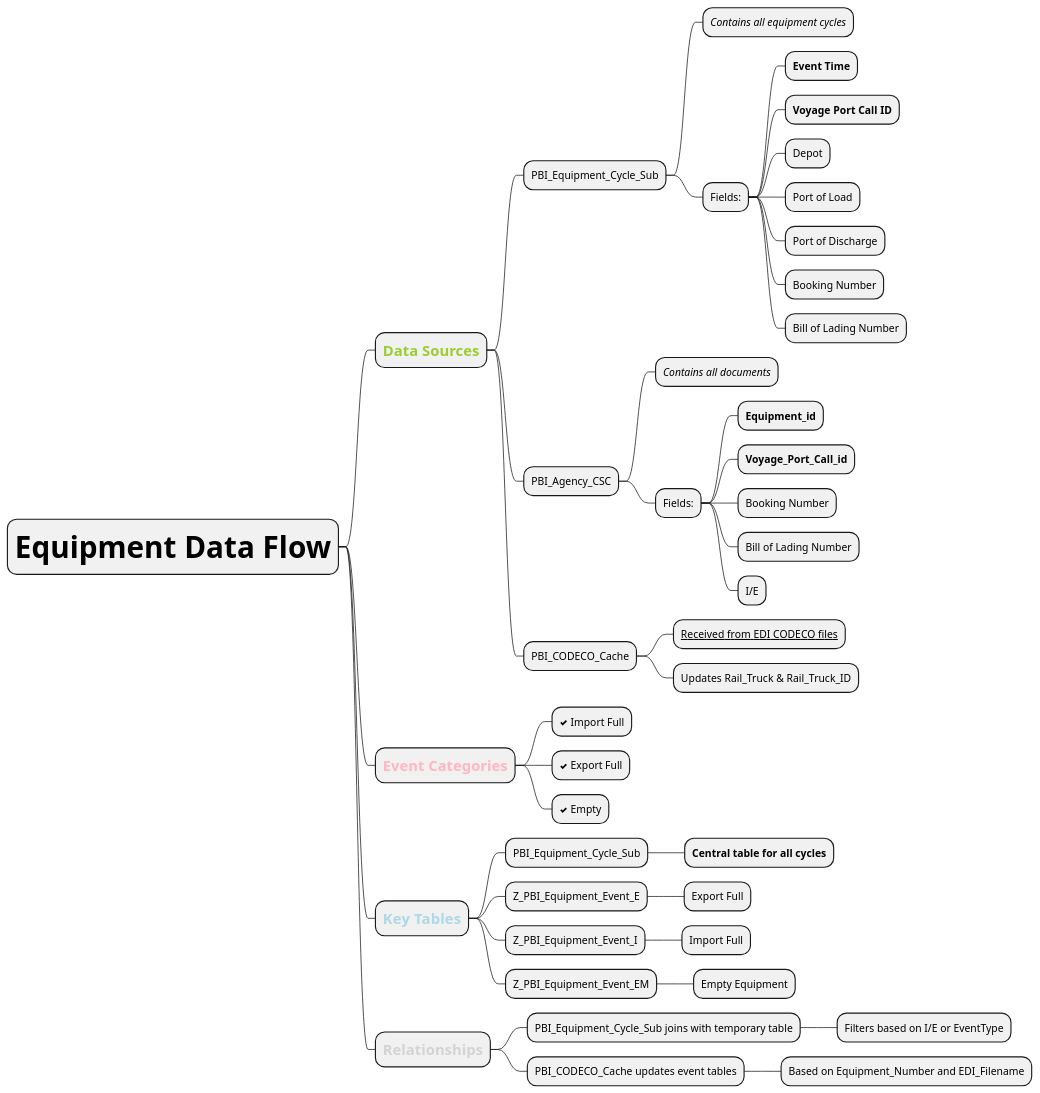
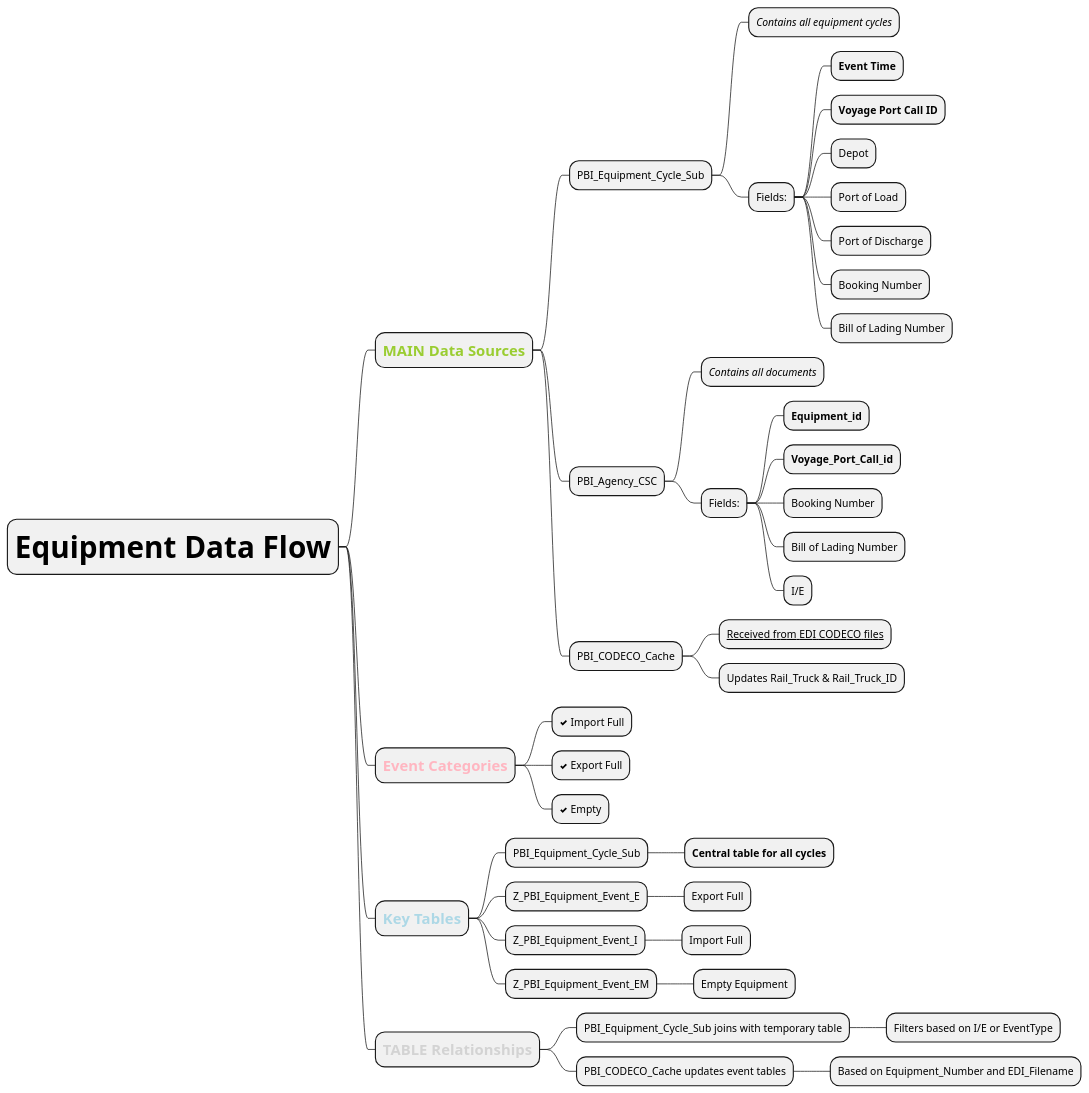
The diagram in DCC_Trasporti_H/tabelle_equipment_event - mind.puml (grellag/Project_Python), drawn with PlantUML before and after one commit. The commit also changed 1 other file, not shown here.

```diff
--- a/DCC_Trasporti_H/tabelle_equipment_event - mind.puml
+++ b/DCC_Trasporti_H/tabelle_equipment_event - mind.puml
@@ -1,49 +1,49 @@
 @startmindmap
 
 * <size:40><b>Equipment Data Flow</b></size>
-** <size:20><b><color:YellowGreen>Data Sources</color></b></size>
+** <size:20><b><color:YellowGreen>MAIN Data Sources</color></b></size>
 *** PBI_Equipment_Cycle_Sub
 **** <i>Contains all equipment cycles</i>
 **** Fields:
 ***** <b>Event Time</b>
 ***** <b>Voyage Port Call ID</b>
 ***** Depot
 ***** Port of Load
 ***** Port of Discharge
 ***** Booking Number
 ***** Bill of Lading Number
 *** PBI_Agency_CSC
 **** <i>Contains all documents</i>
 **** Fields:
 ***** <b>Equipment_id</b>
 ***** <b>Voyage_Port_Call_id</b>
 ***** Booking Number
 ***** Bill of Lading Number
 ***** I/E
 
 *** PBI_CODECO_Cache
 **** <u>Received from EDI CODECO files</u>
 **** Updates Rail_Truck & Rail_Truck_ID
 
 ** <size:20><b><color:LightPink>Event Categories</color></b></size>
 *** <&check> Import Full
 *** <&check> Export Full
 *** <&check> Empty
 
 ** <size:20><b><color:LightBlue>Key Tables</color></b></size>
 *** PBI_Equipment_Cycle_Sub
 **** <b>Central table for all cycles</b>
 *** Z_PBI_Equipment_Event_E
 **** Export Full
 *** Z_PBI_Equipment_Event_I
 **** Import Full
 *** Z_PBI_Equipment_Event_EM
 **** Empty Equipment
 
-** <size:20><b><color:LightGray>Relationships</color></b></size>
+** <size:20><b><color:LightGray>TABLE Relationships</color></b></size>
 *** PBI_Equipment_Cycle_Sub joins with temporary table
 **** Filters based on I/E or EventType
 *** PBI_CODECO_Cache updates event tables
 **** Based on Equipment_Number and EDI_Filename
 
 @endmindmap
```
